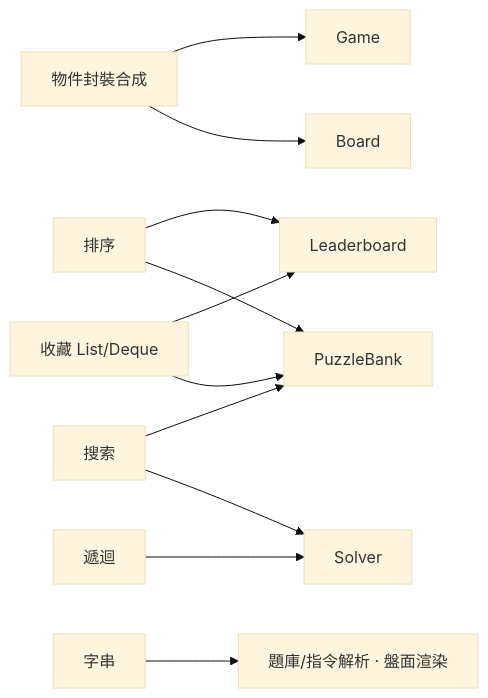
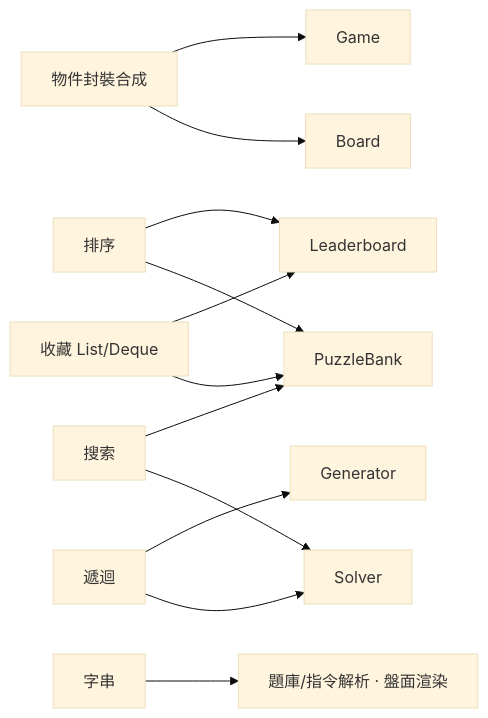
The third of 3 diagrams in README.md (nicktodj-boop/TermSudoku), drawn with Mermaid (base theme) before and after one commit. The commit also changed other lines of this file, not shown here.

````diff
--- a/README.md
+++ b/README.md
@@ -90,9 +117,9 @@
 ```mermaid
 flowchart LR
     T1[物件封裝合成] --> Board & Game
     T2["收藏 List/Deque"] --> PuzzleBank & Leaderboard
     T3[字串] --> Parse["題庫/指令解析 · 盤面渲染"]
-    T4[遞迴] --> Solver
+    T4[遞迴] --> Solver & Generator
     T5[搜索] --> Solver & PuzzleBank
     T6[排序] --> PuzzleBank & Leaderboard
 ```
````
